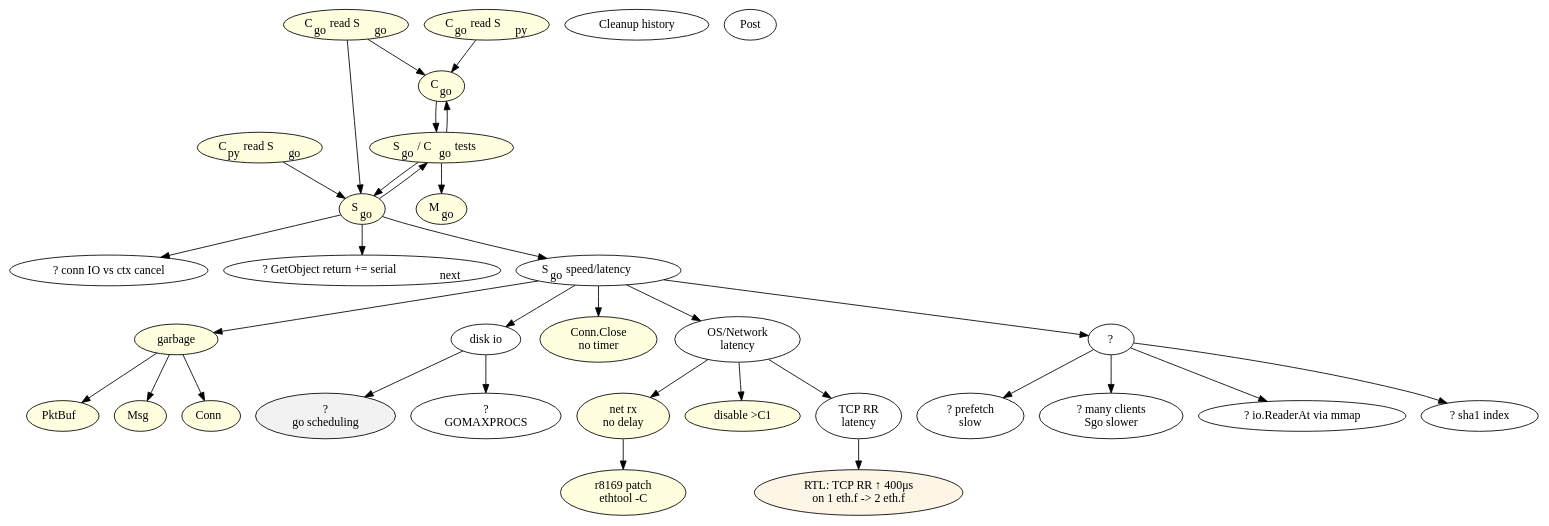
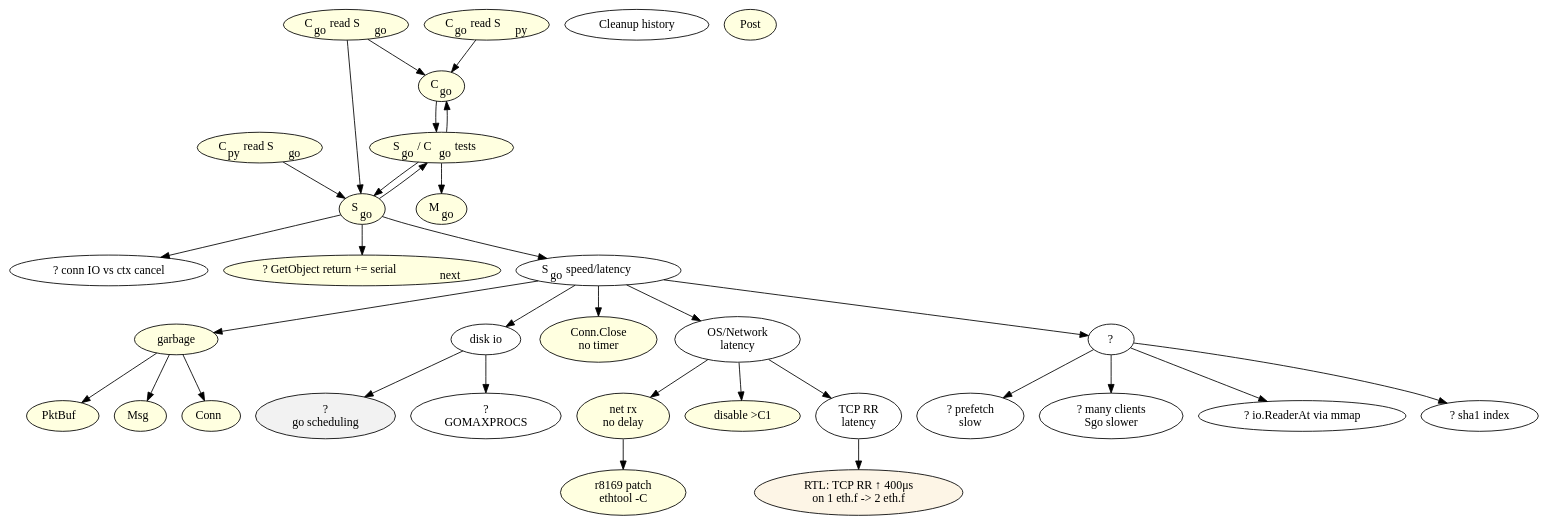
The diagram in go/todo.dot (Nexedi/neoppod), drawn with Graphviz before and after one commit. The commit also changed 3 other files, not shown here.

```diff
--- a/go/todo.dot
+++ b/go/todo.dot
@@ -1,101 +1,101 @@
 digraph {
 	Cgo -> SCgo_t;
 	Sgo -> SCgo_t;
 
 	SCgo_t -> Mgo;
 	SCgo_t -> Sgo;
 	SCgo_t -> Cgo;
 
 	Sgo -> io_cancel;
 	Sgo -> load_serial_next;
 	Sgo -> Sgo_speed;
 
 	//Sgo_speed -> B_link_recv;
 	Sgo_speed -> garbage;
 	//Sgo_speed -> gosched;
 	Sgo_speed -> diskio;
 	Sgo_speed -> ConnClose_notimer;
 
 	Sgo_speed -> osnet_latency;
 	Sgo_speed -> QSgo_speed;
 
 	QSgo_speed -> prefetch_slow;
 	QSgo_speed -> parallel_slow;
 	QSgo_speed -> Mmap_go;
 	QSgo_speed -> sha1_index;
 
 	garbage	-> pktbuf_alloc;
 	garbage -> msg_alloc;
 	garbage -> conn_alloc;
 
 	diskio	-> gosched;
 	diskio	-> GOMAXPROCS;
 
 
 	Cpy_r_Sgo -> Sgo;
 	//Cpy_r_Sgo -> Protog_fix;
 	//Cpy_r_Sgo -> Cpy_patch;
 	//Cpy_r_Sgo -> Mpy_vs_Sgo;
 
 	Cgo_r_Sgo -> Cgo;
 	Cgo_r_Sgo -> Sgo;
 
 	Cgo_r_Spy -> Cgo;
 	//Cgo_r_Spy -> Protog_fix;
 
 
 	Cgo		[label=<C<sub>go</sub>> style=filled fillcolor=lightyellow];
 	Sgo		[label=<S<sub>go</sub>> style=filled fillcolor=lightyellow];
 	Mgo		[label=<M<sub>go</sub>> style=filled fillcolor=lightyellow];
 	SCgo_t		[label=<S<sub>go</sub>  / C<sub>go</sub>  tests> style=filled fillcolor=lightyellow];
 	Sgo_speed	[label=<S<sub>go</sub>  speed/latency>];
 	Cpy_r_Sgo	[label=<C<sub>py</sub>  read S<sub>go</sub>> style=filled fillcolor=lightyellow];
 	Cgo_r_Sgo	[label=<C<sub>go</sub>  read S<sub>go</sub>> style=filled fillcolor=lightyellow];
 	Cgo_r_Spy	[label=<C<sub>go</sub>  read S<sub>py</sub>> style=filled fillcolor=lightyellow];
 	Cleanup		[label="Cleanup history"];
-	Post		[label="Post"];
+	Post		[label="Post" style=filled fillcolor=lightyellow];
 	//Cpy_patch	[label=<py patch: ConnID py=go> style=filled fillcolor=lightyellow];	// C<sub>py</sub>  patch for ConnID interop. with S<sub>go</sub>>];
 	Mmap_go		[label="? io.ReaderAt via mmap"];
 	//Protog_fix	[label="proto(go/py) compat fix" style=filled fillcolor=lightyellow];
 	//Mpy_vs_Sgo	[label=<M<sub>py</sub> vs S<sub>go</sub>: try/fix> style=filled fillcolor=lightyellow];
 
 	io_cancel		[label="? conn IO vs ctx cancel"];
-	load_serial_next	[label=<? GetObject return += serial<sub>next</sub>>];
+	load_serial_next	[label=<? GetObject return += serial<sub>next</sub>> style=filled fillcolor=lightyellow];
 
 	sha1_index	[label="? sha1 index"];
 	//B_link_recv	[label="Bench link.Recv1/Ask1" style=filled fillcolor=lightyellow];
 	garbage		[label="garbage" style=filled fillcolor=lightyellow];
 	gosched		[label="?\ngo scheduling" style=filled fillcolor=grey95];
 
 	//Cgo -> Cgo_tasks;
 	//Cgo_tasks	[label="- talkMaster\n- update nodeTab/partTab\n- dial S on demand\n..." style=filled fillcolor=lightyellow];
 
 	QSgo_speed	[label=<?>];
 
 	pktbuf_alloc	[label=<PktBuf> style=filled fillcolor=lightyellow];
 	msg_alloc	[label=<Msg>	style=filled fillcolor=lightyellow];
 	conn_alloc	[label=<Conn>	style=filled fillcolor=lightyellow];
 
 	ConnClose_notimer	[label="Conn.Close\nno timer" style=filled fillcolor=lightyellow];
 	diskio		[label="disk io"];
 	GOMAXPROCS	[label="?\nGOMAXPROCS"];
 
 
 	osnet_latency	-> rx_no_delay;
 	osnet_latency	-> nocstates;
 	osnet_latency	-> tcp_latency;
 	tcp_latency	-> rtl_tcp_2eth;
 
 	rx_no_delay	-> rtl_patch;
 
 	osnet_latency	[label="OS/Network\nlatency"];
 	rx_no_delay	[label="net rx\nno delay" style=filled fillcolor=lightyellow];
 	nocstates	[label="disable >C1" style=filled fillcolor=lightyellow];
 	tcp_latency	[label="TCP RR\nlatency"];
 	rtl_tcp_2eth	[label="RTL: TCP RR ↑ 400μs\n on 1 eth.f -> 2 eth.f" style=filled fillcolor=oldlace];
 
 	rtl_patch	[label="r8169 patch\nethtool -C" style=filled fillcolor=lightyellow];
 
 	prefetch_slow	[label="? prefetch\nslow"];
 	parallel_slow	[label="? many clients\nSgo slower"];
 }
```
